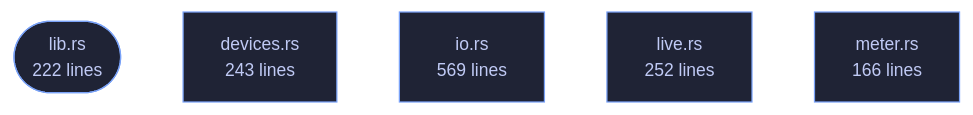
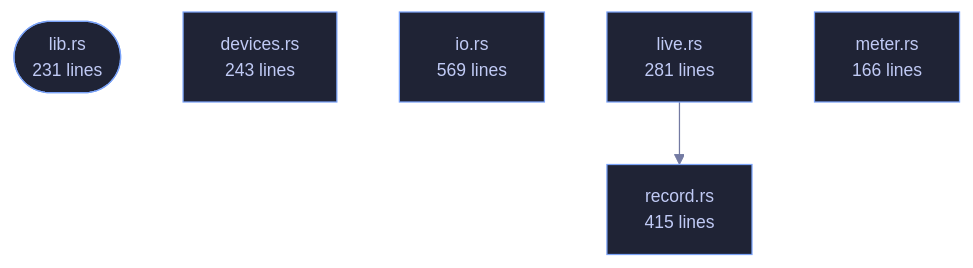
Before and after one commit to tilas01/veilvoice: the diagram in crates/veilvoice-audio/README.md, drawn with Mermaid. The commit also changed other lines of this file and 69 other files, not shown here.

````diff
--- a/crates/veilvoice-audio/README.md
+++ b/crates/veilvoice-audio/README.md
@@ -80,14 +80,17 @@
 ```mermaid
 %%{init: {"theme":"base","themeVariables":{"background":"#1a1b26","primaryColor":"#1f2335","primaryTextColor":"#c0caf5","primaryBorderColor":"#7aa2f7","secondaryColor":"#16161e","tertiaryColor":"#16161e","lineColor":"#737aa2","textColor":"#c0caf5","mainBkg":"#1f2335","nodeBorder":"#7aa2f7","clusterBkg":"#16161e","clusterBorder":"#2f3549","fontFamily":"ui-monospace, SFMono-Regular, Consolas, monospace","fontSize":"14px"}}}%%
 flowchart TD
-    n_lib(["lib.rs<br/>222 lines"])
+    n_lib(["lib.rs<br/>231 lines"])
     n_devices["devices.rs<br/>243 lines"]
     n_io["io.rs<br/>569 lines"]
-    n_live["live.rs<br/>252 lines"]
+    n_live["live.rs<br/>281 lines"]
     n_meter["meter.rs<br/>166 lines"]
+    n_record["record.rs<br/>415 lines"]
+    n_live --> n_record
     click n_lib href "https://github.com/tilas01/veilvoice/blob/main/crates/veilvoice-audio/src/lib.rs" "open the source"
     click n_devices href "https://github.com/tilas01/veilvoice/blob/main/crates/veilvoice-audio/src/devices.rs" "open the source"
     click n_io href "https://github.com/tilas01/veilvoice/blob/main/crates/veilvoice-audio/src/io.rs" "open the source"
     click n_live href "https://github.com/tilas01/veilvoice/blob/main/crates/veilvoice-audio/src/live.rs" "open the source"
     click n_meter href "https://github.com/tilas01/veilvoice/blob/main/crates/veilvoice-audio/src/meter.rs" "open the source"
+    click n_record href "https://github.com/tilas01/veilvoice/blob/main/crates/veilvoice-audio/src/record.rs" "open the source"
 ```
````
